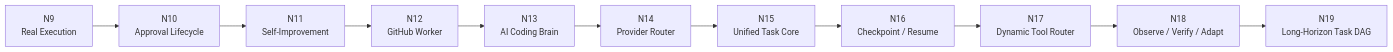
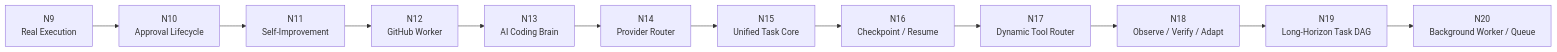
One commit to Pappu246/autonomous-ai-scout changed the second of 6 diagrams in README.md. Above: the diagram before and after it, drawn with Mermaid. The commit also changed other lines of this file and 6 other files, not shown here.

First line of the commit message:
feat(N20): background worker durable queue

````diff
--- a/README.md
+++ b/README.md
@@ -115,16 +116,17 @@
 ```mermaid
 flowchart LR
     N9["N9<br/>Real Execution"]
     N10["N10<br/>Approval Lifecycle"]
     N11["N11<br/>Self-Improvement"]
     N12["N12<br/>GitHub Worker"]
     N13["N13<br/>AI Coding Brain"]
     N14["N14<br/>Provider Router"]
     N15["N15<br/>Unified Task Core"]
     N16["N16<br/>Checkpoint / Resume"]
     N17["N17<br/>Dynamic Tool Router"]
     N18["N18<br/>Observe / Verify / Adapt"]
     N19["N19<br/>Long-Horizon Task DAG"]
+    N20["N20<br/>Background Worker / Queue"]
 
-    N9 --> N10 --> N11 --> N12 --> N13 --> N14 --> N15 --> N16 --> N17 --> N18 --> N19
+    N9 --> N10 --> N11 --> N12 --> N13 --> N14 --> N15 --> N16 --> N17 --> N18 --> N19 --> N20
 ```
````
